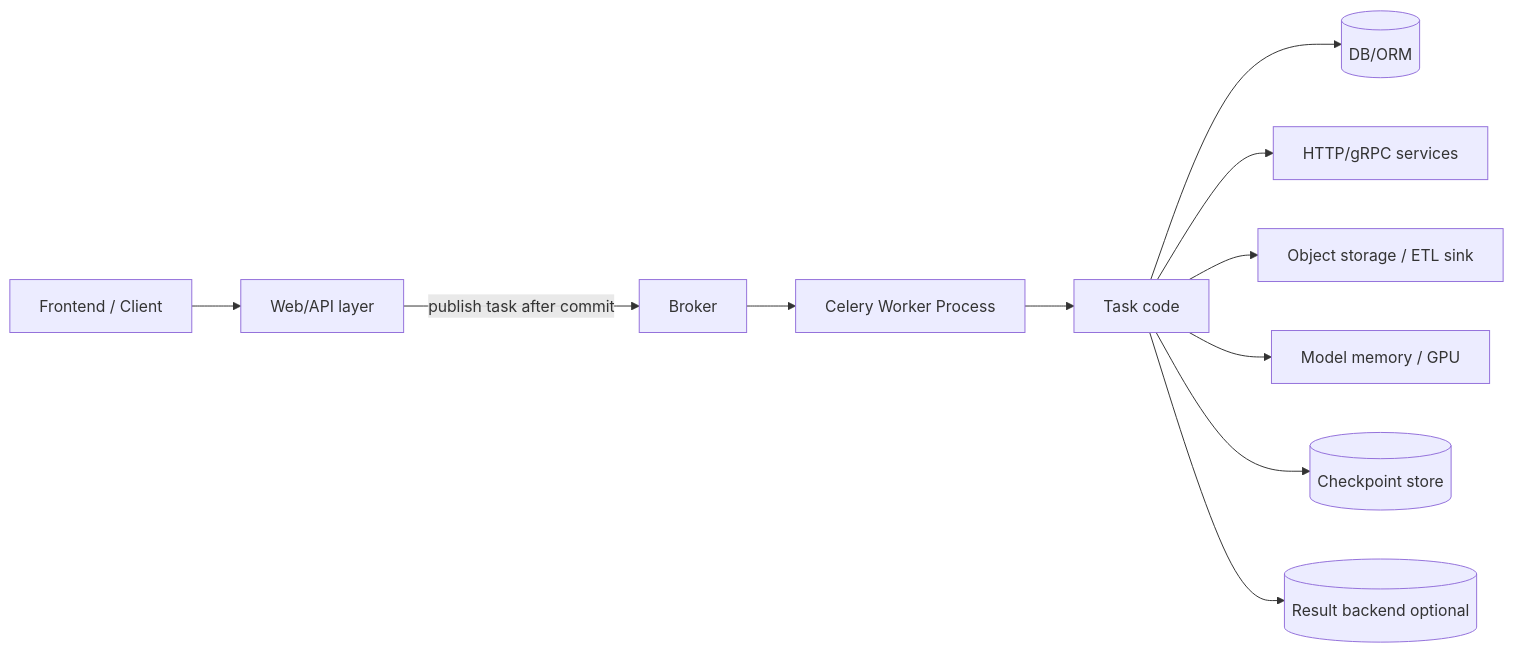
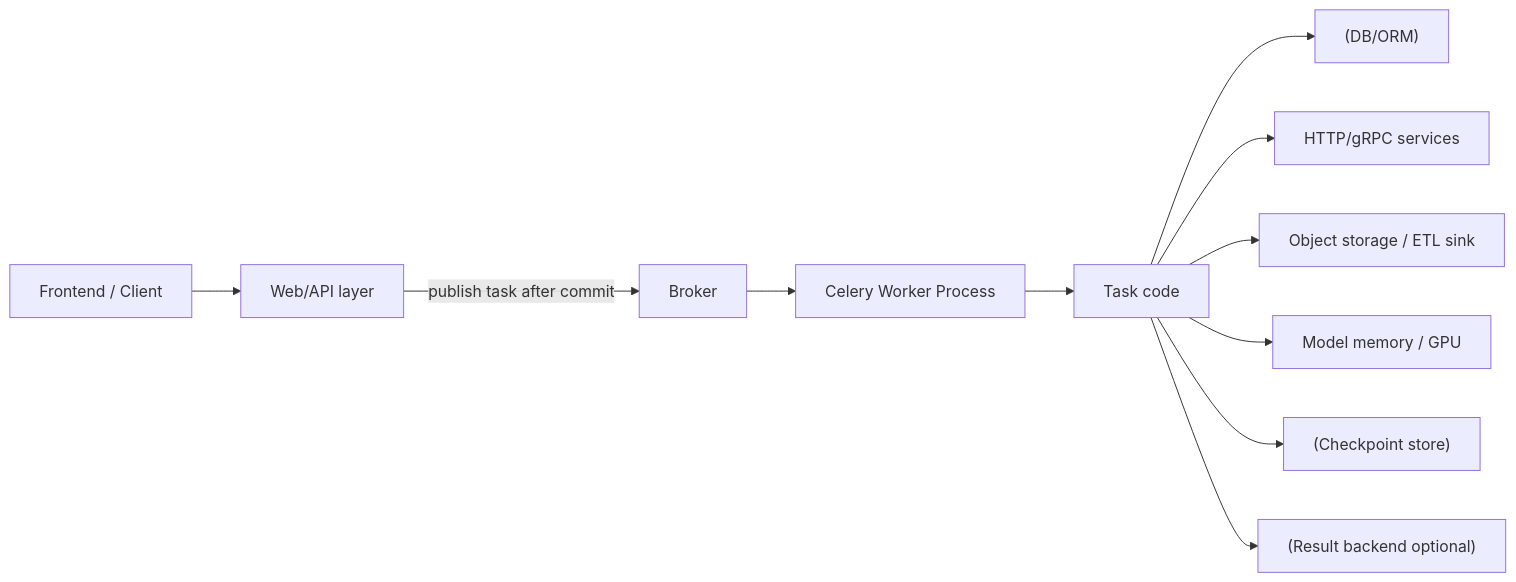
Before and after one commit to DDoSKudya/ai-study-atlas: the diagram in directions/services/celery/pact/40_integracii_so_stekom_python_i_smezhnymi_sistemami/09_40_skvoznaya_arkhitekturnaya_skhema_integratsiy.md, drawn with Mermaid. The commit also changed 322 other files, not shown here.

Commit message:
fix(docs): make mermaid diagrams GitHub-compatible across directions content

````diff
--- a/directions/services/celery/pact/40_integracii_so_stekom_python_i_smezhnymi_sistemami/09_40_skvoznaya_arkhitekturnaya_skhema_integratsiy.md
+++ b/directions/services/celery/pact/40_integracii_so_stekom_python_i_smezhnymi_sistemami/09_40_skvoznaya_arkhitekturnaya_skhema_integratsiy.md
@@ -6,13 +6,13 @@
 ```mermaid
 flowchart LR
-    A0[Frontend / Client] --> A[Web/API layer]
-    A[Web/API layer] -->|publish task after commit| B[Broker]
-    B --> C[Celery Worker Process]
-    C --> D[Task code]
-    D --> E[(DB/ORM)]
-    D --> F[HTTP/gRPC services]
-    D --> G[Object storage / ETL sink]
-    D --> H[Model memory / GPU]
-    D --> I[(Checkpoint store)]
-    D --> J[(Result backend optional)]
+    A0["Frontend / Client"] --> A["Web/API layer"]
+    A["Web/API layer"] -->|publish task after commit| B["Broker"]
+    B --> C["Celery Worker Process"]
+    C --> D["Task code"]
+    D --> E["(DB/ORM)"]
+    D --> F["HTTP/gRPC services"]
+    D --> G["Object storage / ETL sink"]
+    D --> H["Model memory / GPU"]
+    D --> I["(Checkpoint store)"]
+    D --> J["(Result backend optional)"]
 ```
````
